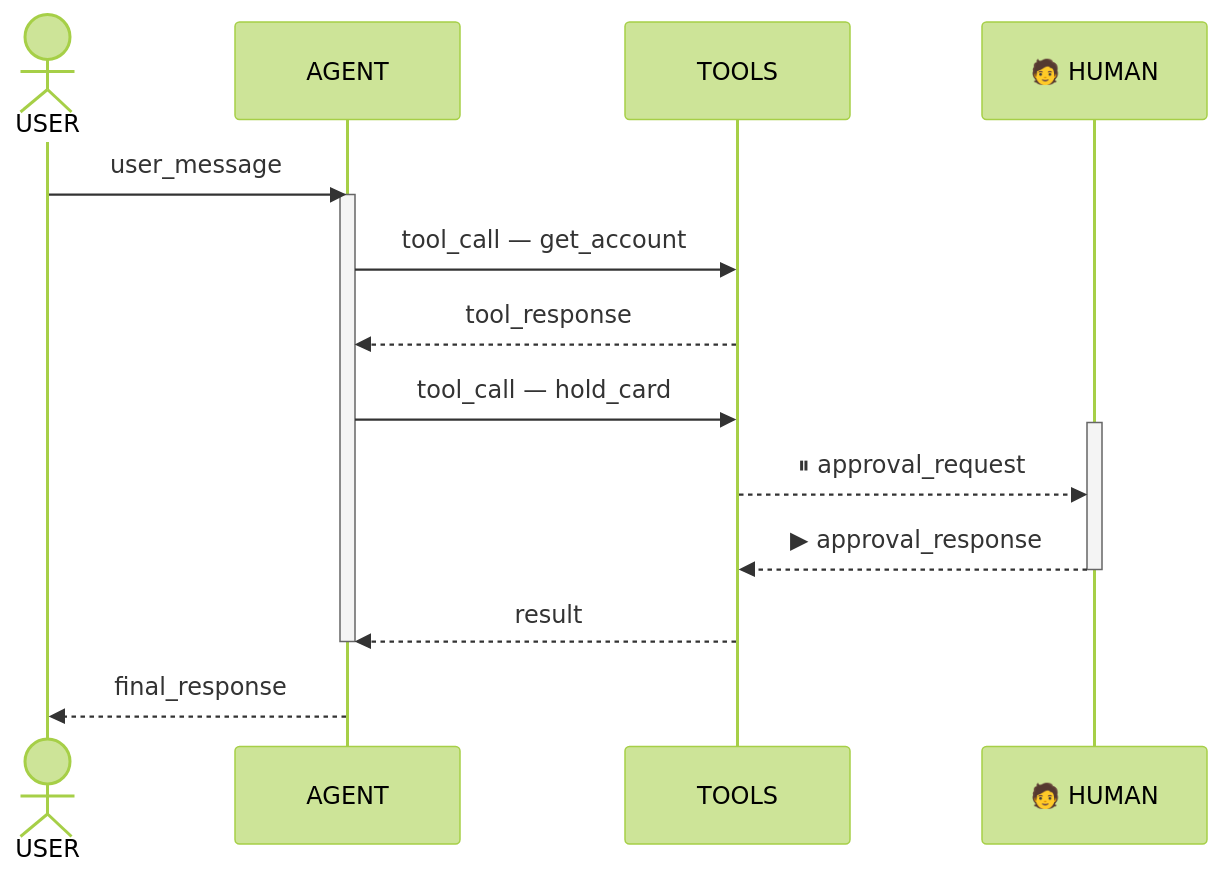
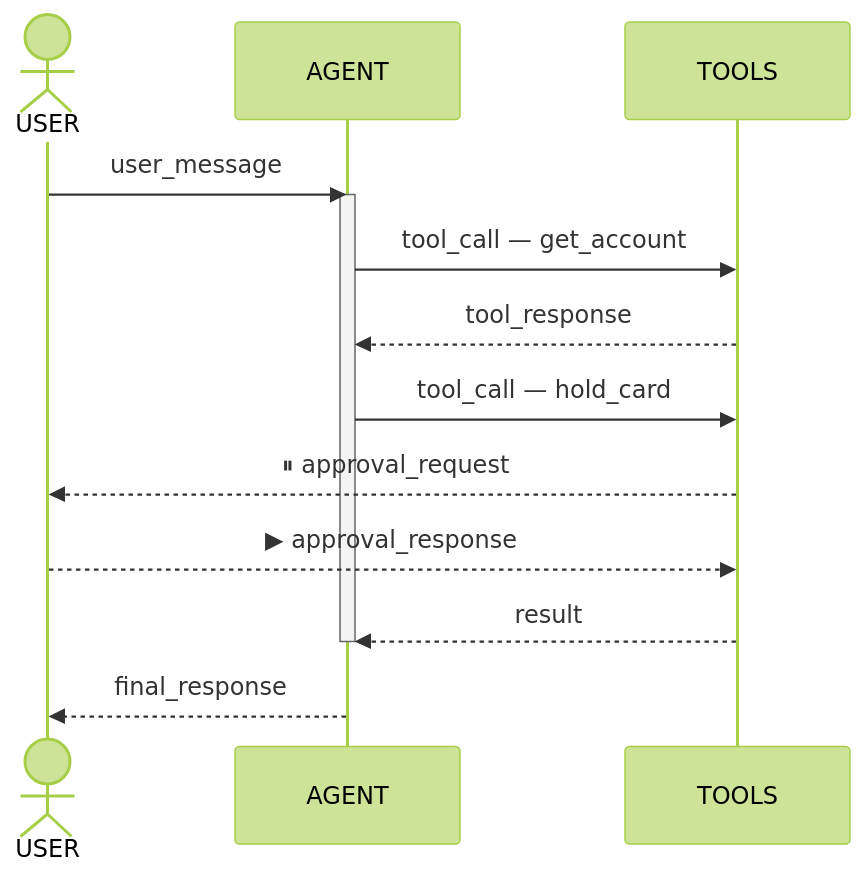
One commit to jaszczook/your-next-feature-might-need-an-agent changed the sixth of 6 diagrams in slides/section4.md. Above: the diagram before and after it, drawn with Mermaid (forest theme). The commit also changed other lines of this file and 7 other files, not shown here.

````diff
--- a/slides/section4.md
+++ b/slides/section4.md
@@ -554,20 +547,17 @@
 ```mermaid
 sequenceDiagram
     actor U as USER
     participant A as AGENT
     participant T as TOOLS
-    participant H as 🧑 HUMAN
 
     U->>A: user_message
     activate A
     A->>T: tool_call — get_account
     T-->>A: tool_response
     A->>T: tool_call — hold_card
-    activate H
-    T-->>H: ⏸ approval_request
-    H-->>T: ▶ approval_response
-    deactivate H
+    T-->>U: ⏸ approval_request
+    U-->>T: ▶ approval_response
     T-->>A: result
     deactivate A
     A-->>U: final_response
 ```
````
